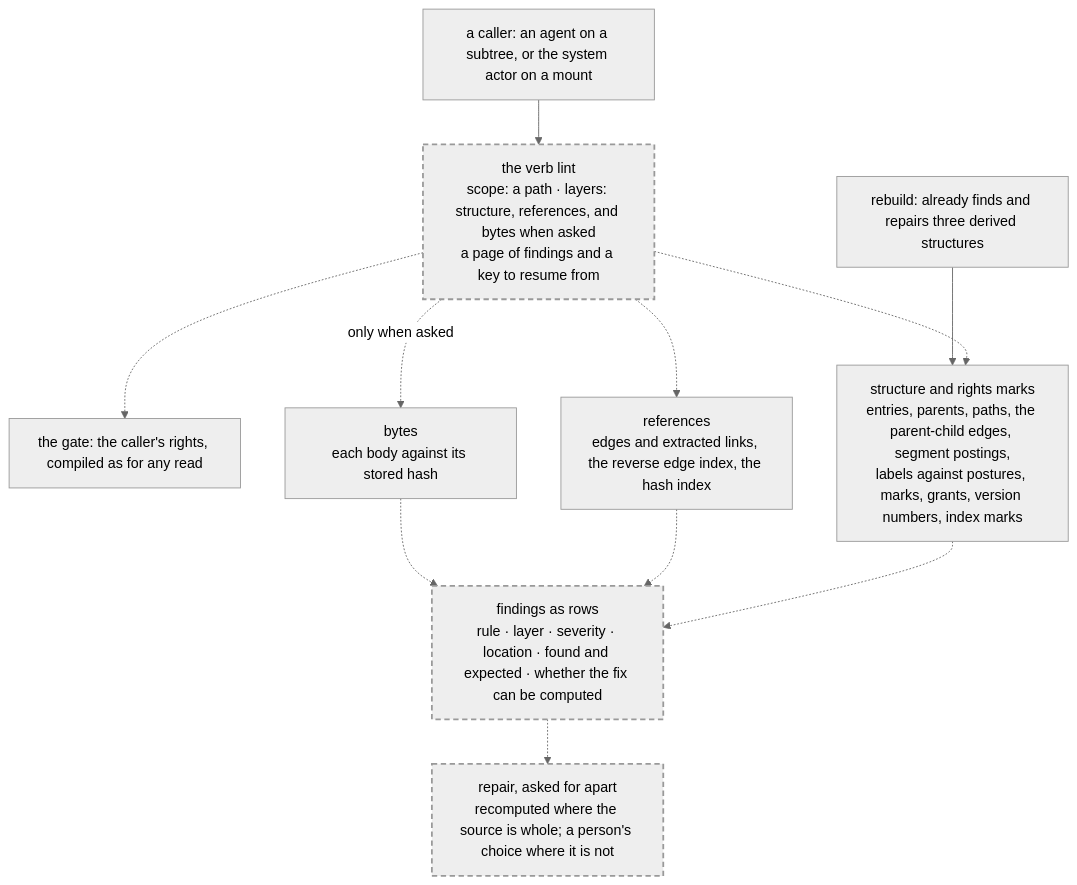
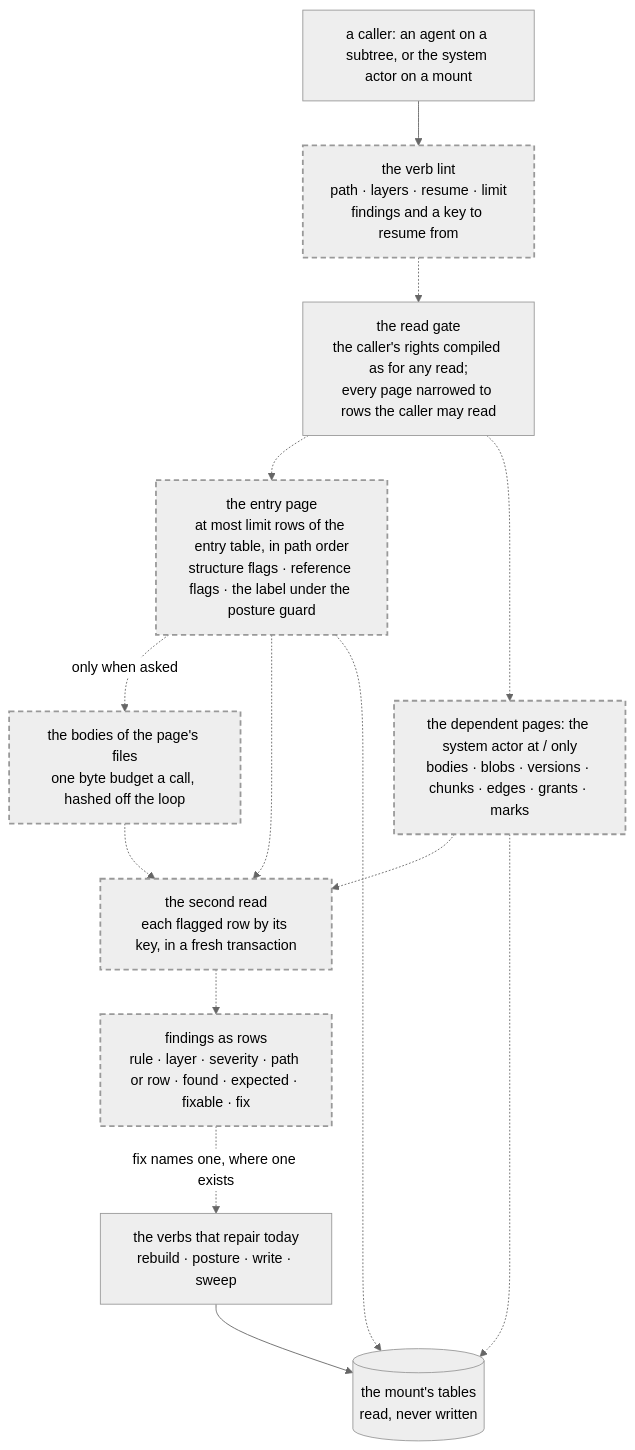
Before and after one commit to ClayGendron/vfs: the diagram in context/specifications/active/2026-11-15-lint-finds-what-is-broken-in-a-mount-and-changes-nothing.md, drawn with Mermaid (neutral theme). The commit also changed other lines of this file and 13 other files, not shown here.

````diff
--- a/context/specifications/active/2026-11-15-lint-finds-what-is-broken-in-a-mount-and-changes-nothing.md
+++ b/context/specifications/active/2026-11-15-lint-finds-what-is-broken-in-a-mount-and-changes-nothing.md
@@ -19,24 +21,28 @@
 ```mermaid
 flowchart TD
   classDef planned stroke-dasharray: 6 4,stroke-width:2px;
   CALLER["a caller: an agent on a subtree, or the system actor on a mount"]
-  LINT["the verb lint<br/>scope: a path · layers: structure, references, and bytes when asked<br/>a page of findings and a key to resume from"]
-  GATE["the gate: the caller's rights, compiled as for any read"]
-  S["structure and rights marks<br/>entries, parents, paths, the parent-child edges, segment postings,<br/>labels against postures, marks, grants, version numbers, index marks"]
-  R["references<br/>edges and extracted links, the reverse edge index, the hash index"]
-  B["bytes<br/>each body against its stored hash"]
-  FIND["findings as rows<br/>rule · layer · severity · location · found and expected · whether the fix can be computed"]
-  FIX["repair, asked for apart<br/>recomputed where the source is whole; a person's choice where it is not"]
-  REBUILD["rebuild: already finds and repairs three derived structures"]
+  LINT["the verb lint<br/>path · layers · resume · limit<br/>findings and a key to resume from"]
+  GATE["the read gate<br/>the caller's rights compiled as for any read;<br/>every page narrowed to rows the caller may read"]
+  ENTRY["the entry page<br/>at most limit rows of the entry table, in path order<br/>structure flags · reference flags · the label under the posture guard"]
+  BYTES["the bodies of the page's files<br/>one byte budget a call, hashed off the loop"]
+  OWN["the dependent pages: the system actor at / only<br/>bodies · blobs · versions · chunks · edges · grants · marks"]
+  AGAIN["the second read<br/>each flagged row by its key, in a fresh transaction"]
+  FIND["findings as rows<br/>rule · layer · severity · path or row · found · expected · fixable · fix"]
+  TABLES[("the mount's tables<br/>read, never written")]
+  REPAIRERS["the verbs that repair today<br/>rebuild · posture · write · sweep"]
   CALLER --> LINT
   LINT -.-> GATE
-  LINT -.-> S
-  LINT -.-> R
-  LINT -. "only when asked" .-> B
-  S -.-> FIND
-  R -.-> FIND
-  B -.-> FIND
-  FIND -.-> FIX
-  REBUILD --> S
-  class LINT,FIND,FIX planned
+  GATE -.-> ENTRY
+  GATE -.-> OWN
+  ENTRY -. "only when asked" .-> BYTES
+  ENTRY -.-> AGAIN
+  BYTES -.-> AGAIN
+  OWN -.-> AGAIN
+  AGAIN -.-> FIND
+  ENTRY -.-> TABLES
+  OWN -.-> TABLES
+  FIND -. "fix names one, where one exists" .-> REPAIRERS
+  REPAIRERS --> TABLES
+  class LINT,ENTRY,BYTES,OWN,AGAIN,FIND planned
 ```
````
